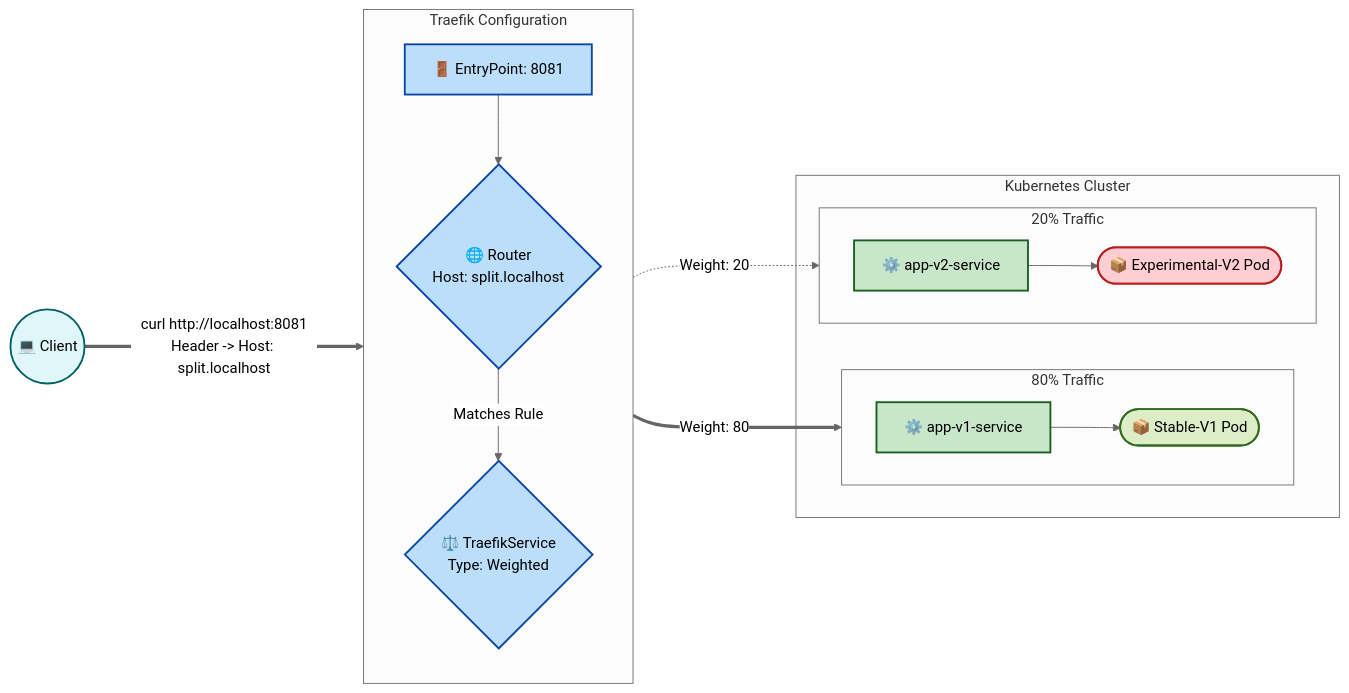
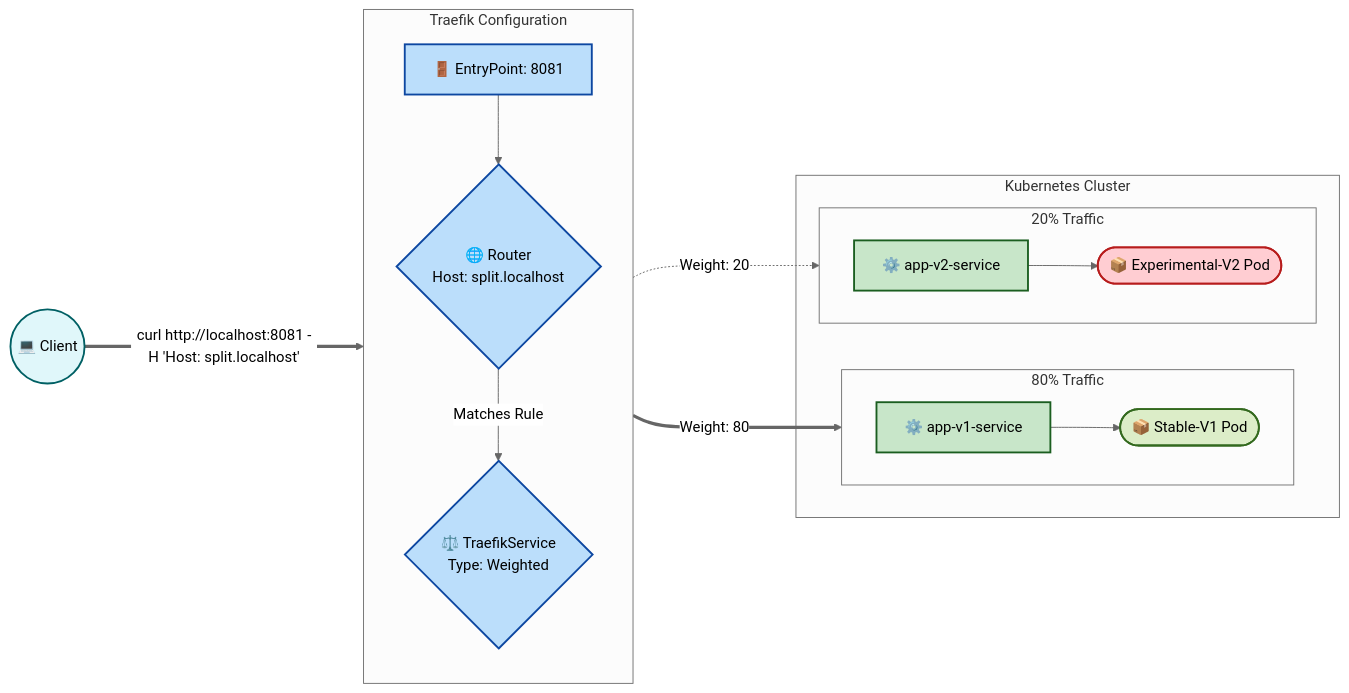
The diagram in README.md (dmassimi/traefik-weight), drawn with Mermaid before and after one commit.

````diff
--- a/README.md
+++ b/README.md
@@ -7,52 +7,52 @@
 ```mermaid
 %%{init: {'theme': 'neutral'}}%%
 graph LR
     %% External
     User((💻 Client))
 
     %% Traefik Space
     subgraph Traefik [Traefik Configuration]
         direction TB
         EP[🚪 EntryPoint: 8081]
         Router{🌐 Router<br>Host: split.localhost}
         Splitter{⚖️ TraefikService<br>Type: Weighted}
     end
 
     %% Kubernetes Space
     subgraph K8s [Kubernetes Cluster]
         subgraph V1 [80% Traffic]
             direction LR
             Svc1[⚙️ app-v1-service]
             Pod1([📦 Stable-V1 Pod])
         end
         subgraph V2 [20% Traffic]
             direction LR
             Svc2[⚙️ app-v2-service]
             Pod2([📦 Experimental-V2 Pod])
         end
     end
 
     %% Traffic Flow
-    User == "curl http://localhost:8081\nHeader -> Host: split.localhost" ===> EP
+    User == "curl http://localhost:8081 -H 'Host: split.localhost'" ===> EP
     EP --> Router
     Router -- "Matches Rule" --> Splitter
     
     Splitter == "Weight: 80" ===> Svc1
     Splitter -. "Weight: 20" .-> Svc2
     
     Svc1 --> Pod1
     Svc2 --> Pod2
 
     %% Custom CSS Styling
     classDef client fill:#e0f7fa,stroke:#006064,stroke-width:2px,color:#000;
     classDef traefik fill:#bbdefb,stroke:#0d47a1,stroke-width:2px,color:#000;
     classDef service fill:#c8e6c9,stroke:#1b5e20,stroke-width:2px,color:#000;
     classDef stable fill:#dcedc8,stroke:#33691e,stroke-width:2px,color:#000;
     classDef canary fill:#ffcdd2,stroke:#b71c1c,stroke-width:2px,color:#000;
 
     class User client;
     class EP,Router,Splitter traefik;
     class Svc1,Svc2 service;
     class Pod1 stable;
     class Pod2 canary;
 ```
````
